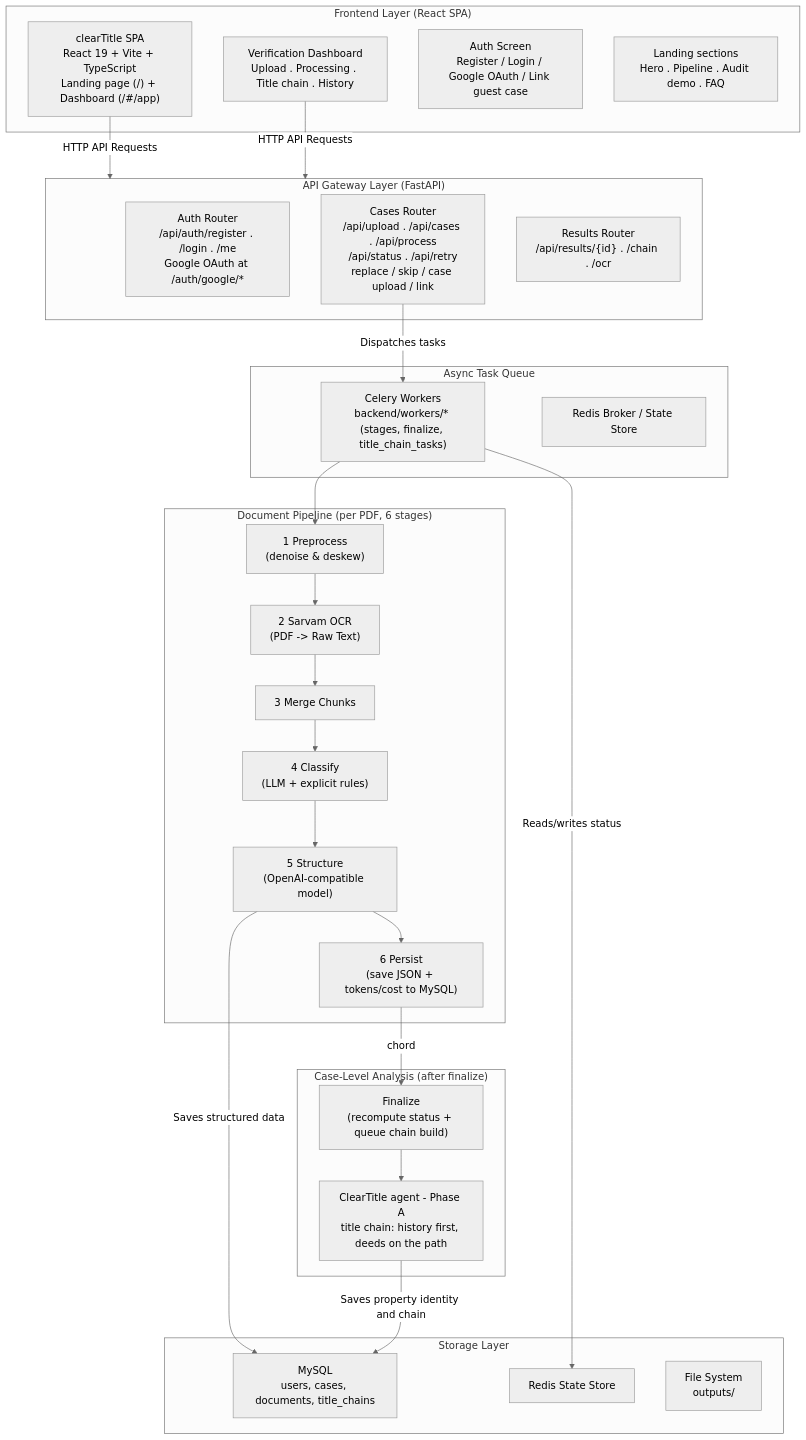
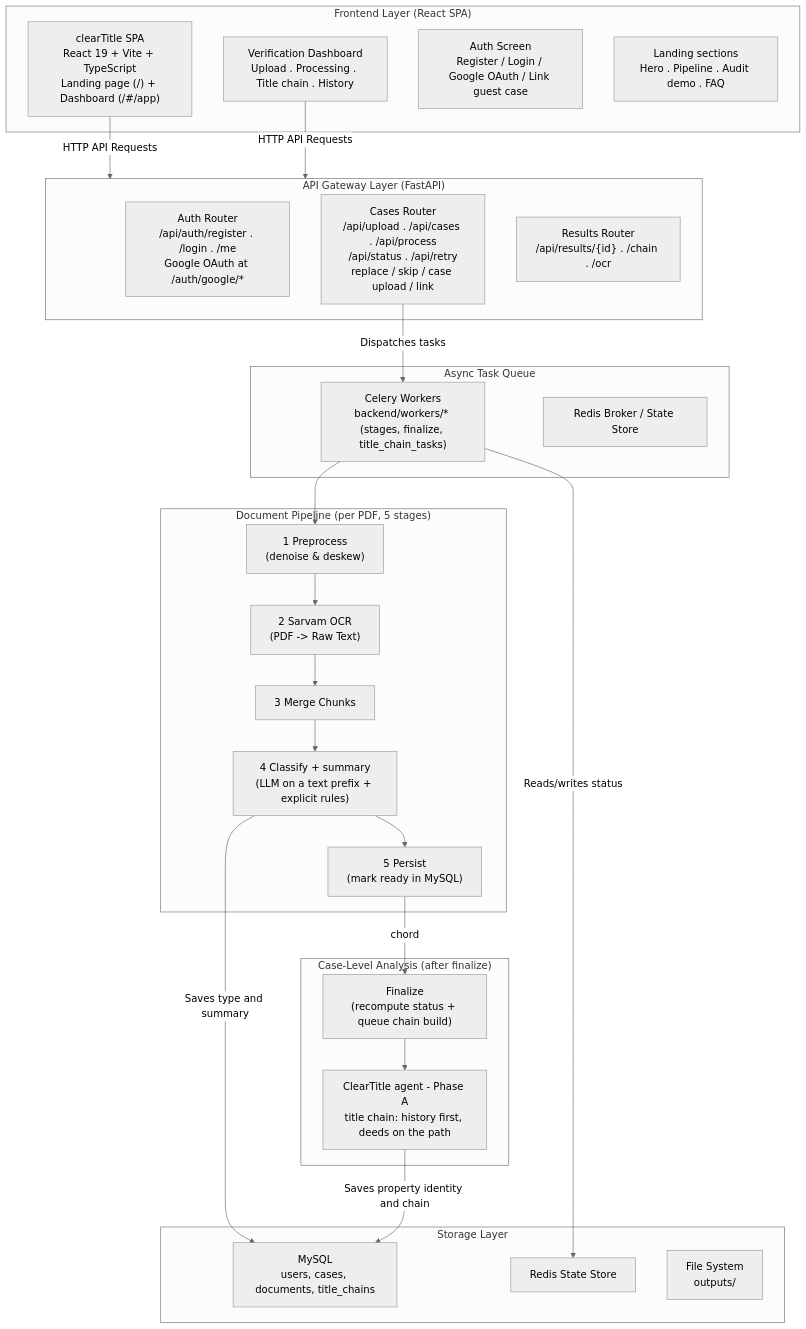
One commit to MyMane24/clearTitle changed the diagram in README.md. Above: the diagram before and after it, drawn with Mermaid (neutral theme). The commit also changed other lines of this file and 2 other files, not shown here.

First line of the commit message:
docs: record the lean verification pass and five-stage pipeline

````diff
--- a/README.md
+++ b/README.md
@@ -21,50 +21,49 @@
 ```mermaid
 flowchart TD
     subgraph Frontend["Frontend Layer (React SPA)"]
         UI["clearTitle SPA\nReact 19 + Vite + TypeScript\nLanding page (/) + Dashboard (/#/app)"]
         DASH["Verification Dashboard\nUpload . Processing . Title chain . History"]
         AUTH["Auth Screen\nRegister / Login / Google OAuth / Link guest case"]
         HOME["Landing sections\nHero . Pipeline . Audit demo . FAQ"]
     end
 
     subgraph API["API Gateway Layer (FastAPI)"]
         R_AUTH["Auth Router\n/api/auth/register . /login . /me\nGoogle OAuth at /auth/google/*"]
         R_CASES["Cases Router\n/api/upload . /api/cases . /api/process\n/api/status . /api/retry\nreplace / skip / case upload / link"]
         R_RESULTS["Results Router\n/api/results/{id} . /chain . /ocr"]
     end
 
     subgraph Orchestration["Async Task Queue"]
         CELERY["Celery Workers\nbackend/workers/* (stages, finalize, title_chain_tasks)"]
         REDIS_BROKER["Redis Broker / State Store"]
     end
 
-    subgraph Pipeline["Document Pipeline (per PDF, 6 stages)"]
+    subgraph Pipeline["Document Pipeline (per PDF, 5 stages)"]
         PREPROC["1 Preprocess\n(denoise & deskew)"]
         OCR["2 Sarvam OCR\n(PDF -> Raw Text)"]
         MERGE["3 Merge Chunks"]
-        CLASSIFY["4 Classify\n(LLM + explicit rules)"]
-        STRUCTURE["5 Structure\n(OpenAI-compatible model)"]
-        PERSIST["6 Persist\n(save JSON + tokens/cost to MySQL)"]
+        CLASSIFY["4 Classify + summary\n(LLM on a text prefix + explicit rules)"]
+        PERSIST["5 Persist\n(mark ready in MySQL)"]
     end
 
     subgraph Analysis["Case-Level Analysis (after finalize)"]
         FINALIZE["Finalize\n(recompute status + queue chain build)"]
         PHASE_A["ClearTitle agent - Phase A\ntitle chain: history first, deeds on the path"]
     end
 
     subgraph Storage["Storage Layer"]
         MYSQL["MySQL\nusers, cases, documents, title_chains"]
         REDIS["Redis State Store"]
         FS["File System\noutputs/"]
     end
 
     UI -->|"HTTP API Requests"| API
     DASH -->|"HTTP API Requests"| API
     R_CASES -->|"Dispatches tasks"| CELERY
     CELERY -->|"Reads/writes status"| REDIS
-    CELERY --> PREPROC --> OCR --> MERGE --> CLASSIFY --> STRUCTURE --> PERSIST
+    CELERY --> PREPROC --> OCR --> MERGE --> CLASSIFY --> PERSIST
     PERSIST -->|"chord"| FINALIZE
     FINALIZE --> PHASE_A
-    STRUCTURE -->|"Saves structured data"| MYSQL
+    CLASSIFY -->|"Saves type and summary"| MYSQL
     PHASE_A -->|"Saves property identity and chain"| MYSQL
 ```
````
